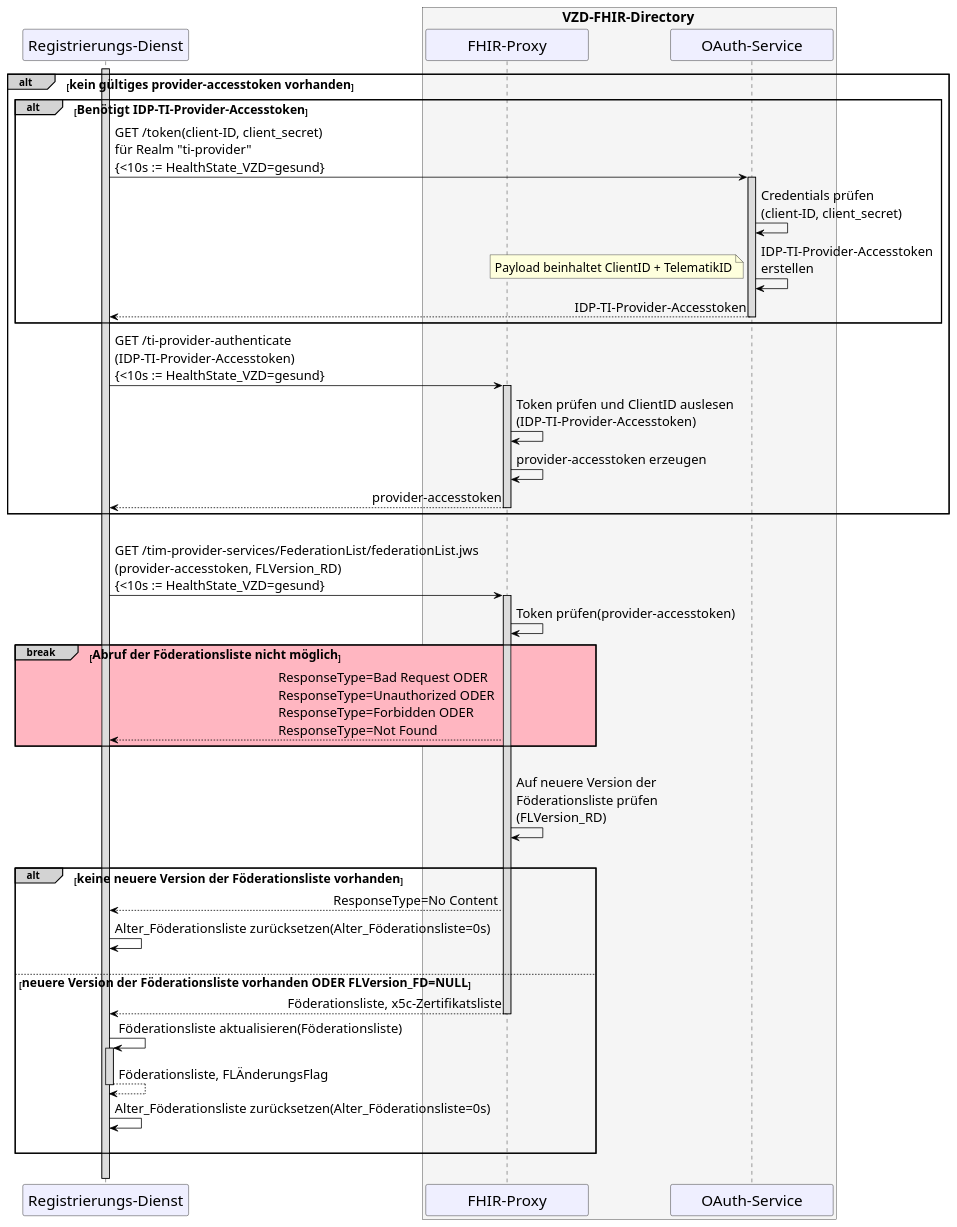
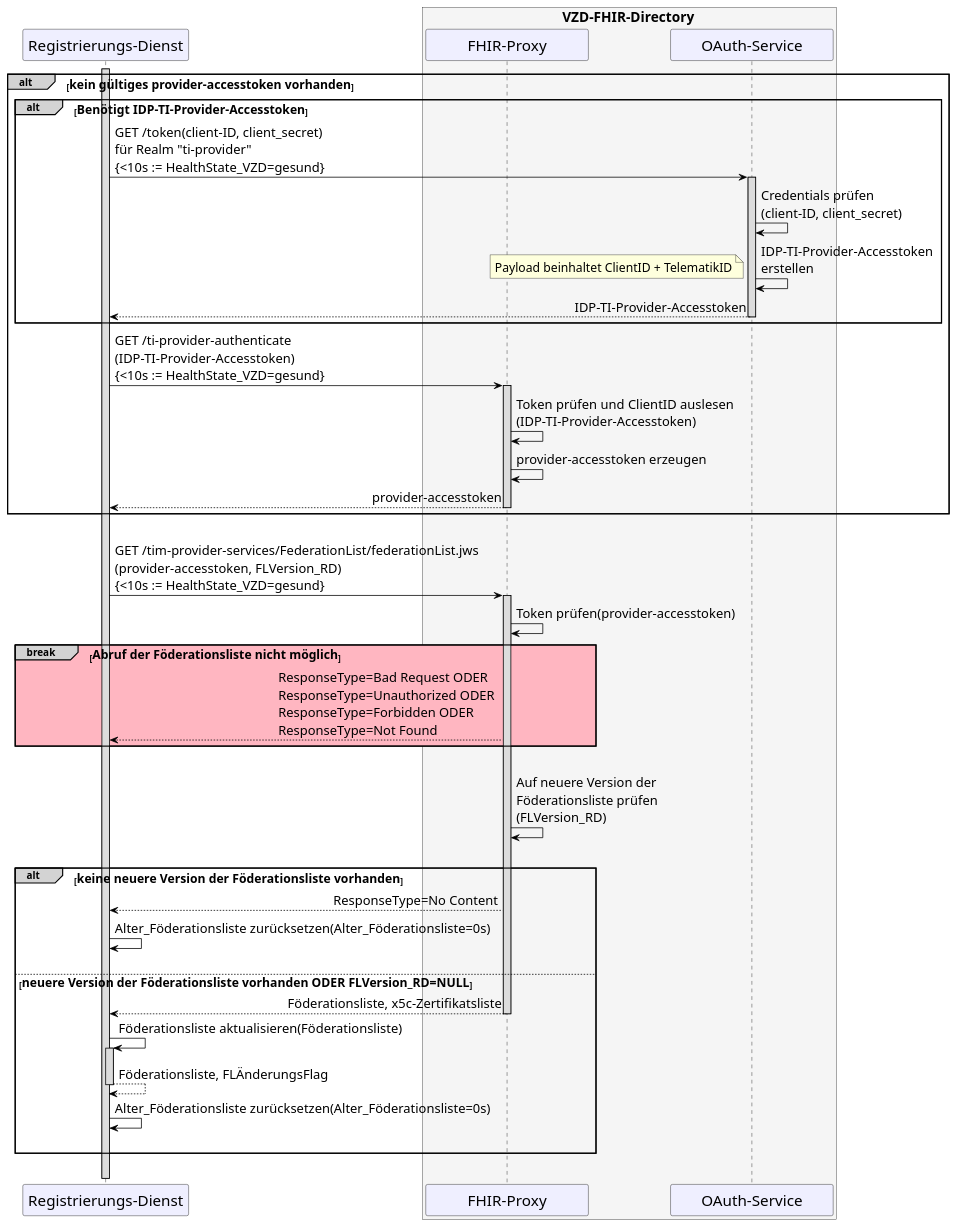
The diagram in src/plantuml/TI-Messenger-Dienst/Ressourcen/UC_Update_Federationlist_auth_retrieve.puml (gematik/api-ti-messenger), drawn with PlantUML before and after one commit. The commit also changed 1 other file, not shown here.

```diff
--- a/src/plantuml/TI-Messenger-Dienst/Ressourcen/UC_Update_Federationlist_auth_retrieve.puml
+++ b/src/plantuml/TI-Messenger-Dienst/Ressourcen/UC_Update_Federationlist_auth_retrieve.puml
@@ -9,82 +9,82 @@
 @startuml
 skinparam sequenceMessageAlign direction
 skinparam minClassWidth 200
 skinparam BoxPadding 1
 skinparam sequenceReferenceHeaderBackgroundColor palegreen
 scale max 2048 width
 
 skinparam sequence {
 ArrowColor black
 ArrowFontSize 17
 ActorBorderColor black
 LifeLineBorderColor black
 LifeLineBackgroundColor Gainsboro
 
 ParticipantBorderColor Motivation
 ParticipantBackgroundColor Motivation
 ParticipantFontName Impact
 ParticipantFontSize 20
 ParticipantFontColor black
 ParticipantBorderColor Black
 ParticipantBackgroundColor MOTIVATION
 
 ActorBackgroundColor Gainsboro
 ActorFontColor black
 ActorFontSize 20
 ActorFontName Aapex
 }
 
 participant RD as "Registrierungs-Dienst"
 box <size:18>VZD-FHIR-Directory</size> #WhiteSmoke
   participant FP as "FHIR-Proxy"
   participant AS as "OAuth-Service"
 end box
 
 alt#LightGrey <size:16>kein gültiges provider-accesstoken vorhanden</size>
   activate RD
   alt#LightGrey <size:16>Benötigt IDP-TI-Provider-Accesstoken</size>
       RD -> AS: GET /token(client-ID, client_secret)\nfür Realm "ti-provider"\n{<10s := HealthState_VZD=gesund}
       activate AS
       AS -> AS: Credentials prüfen \n(client-ID, client_secret)
       AS -> AS: IDP-TI-Provider-Accesstoken\nerstellen
       note left: <size:16>Payload beinhaltet ClientID + TelematikID</size>
       AS --> RD: IDP-TI-Provider-Accesstoken
       deactivate AS
   end
   RD -> FP: GET /ti-provider-authenticate\n(IDP-TI-Provider-Accesstoken)\n{<10s := HealthState_VZD=gesund}
   activate FP
   FP -> FP: Token prüfen und ClientID auslesen\n(IDP-TI-Provider-Accesstoken)
   FP -> FP: provider-accesstoken erzeugen
   FP --> RD: provider-accesstoken
   deactivate FP
 end
 
 |||
 RD->FP: GET /tim-provider-services/FederationList/federationList.jws\n(provider-accesstoken, FLVersion_RD)\n{<10s := HealthState_VZD=gesund}
   Activate FP
 FP->FP: Token prüfen(provider-accesstoken)
 
 break#LightGrey #LightPink <size:16>Abruf der Föderationsliste nicht möglich</size>
   FP-->RD: ResponseType=Bad Request ODER \nResponseType=Unauthorized ODER \nResponseType=Forbidden ODER \nResponseType=Not Found
 end 
 
 |||
 FP->FP: Auf neuere Version der \nFöderationsliste prüfen\n(FLVersion_RD)
 |||
 
 alt#LightGrey <size:16>keine neuere Version der Föderationsliste vorhanden</size>
   FP-->RD: ResponseType=No Content
   RD->RD: Alter_Föderationsliste zurücksetzen(Alter_Föderationsliste=0s)
   |||
-else <size:16>neuere Version der Föderationsliste vorhanden ODER FLVersion_FD=NULL</size>
+else <size:16>neuere Version der Föderationsliste vorhanden ODER FLVersion_RD=NULL</size>
   FP-->RD: Föderationsliste, x5c-Zertifikatsliste
       Deactivate FP
   RD->RD++: Föderationsliste aktualisieren(Föderationsliste)
   return Föderationsliste, FLÄnderungsFlag
   RD->RD: Alter_Föderationsliste zurücksetzen(Alter_Föderationsliste=0s)
   |||
 end
 |||
 
 
 @enduml
```
